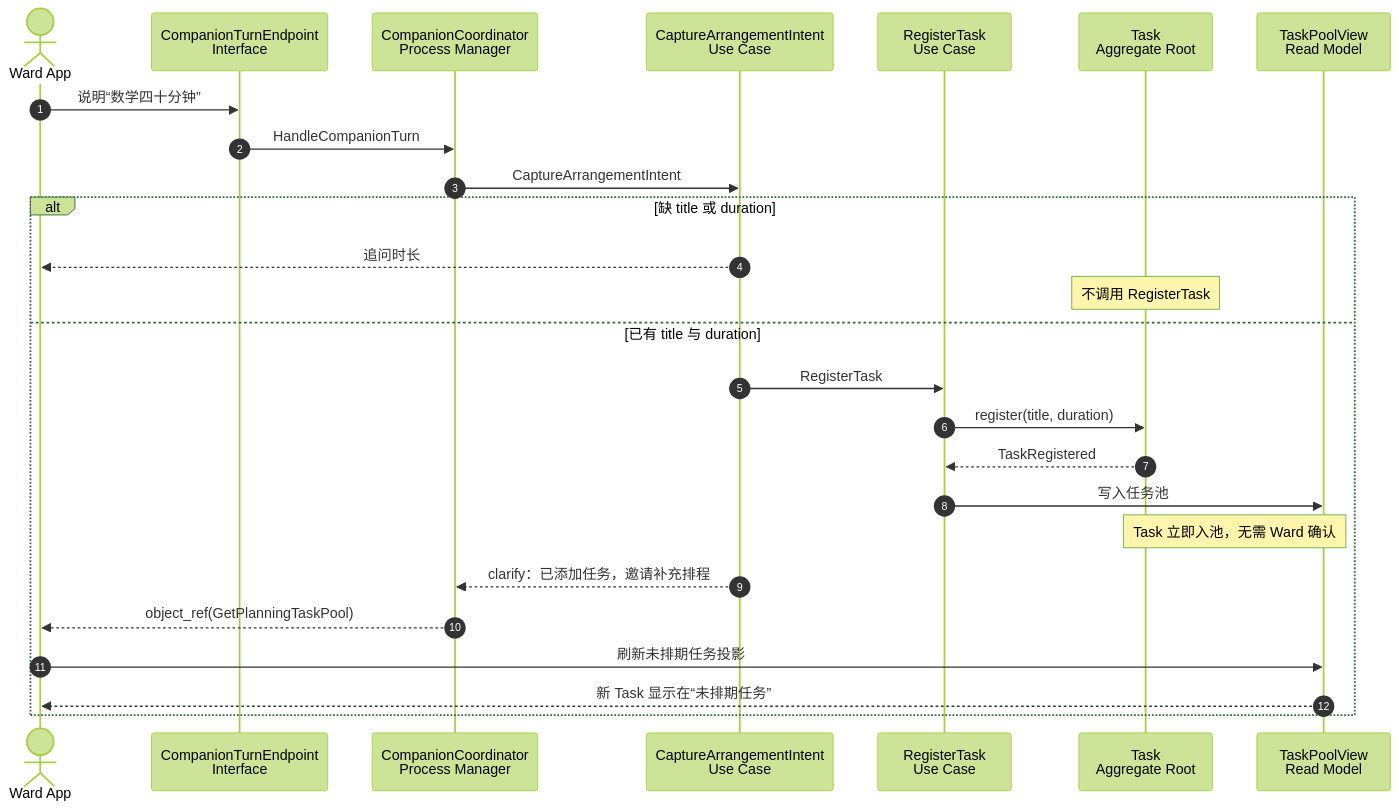
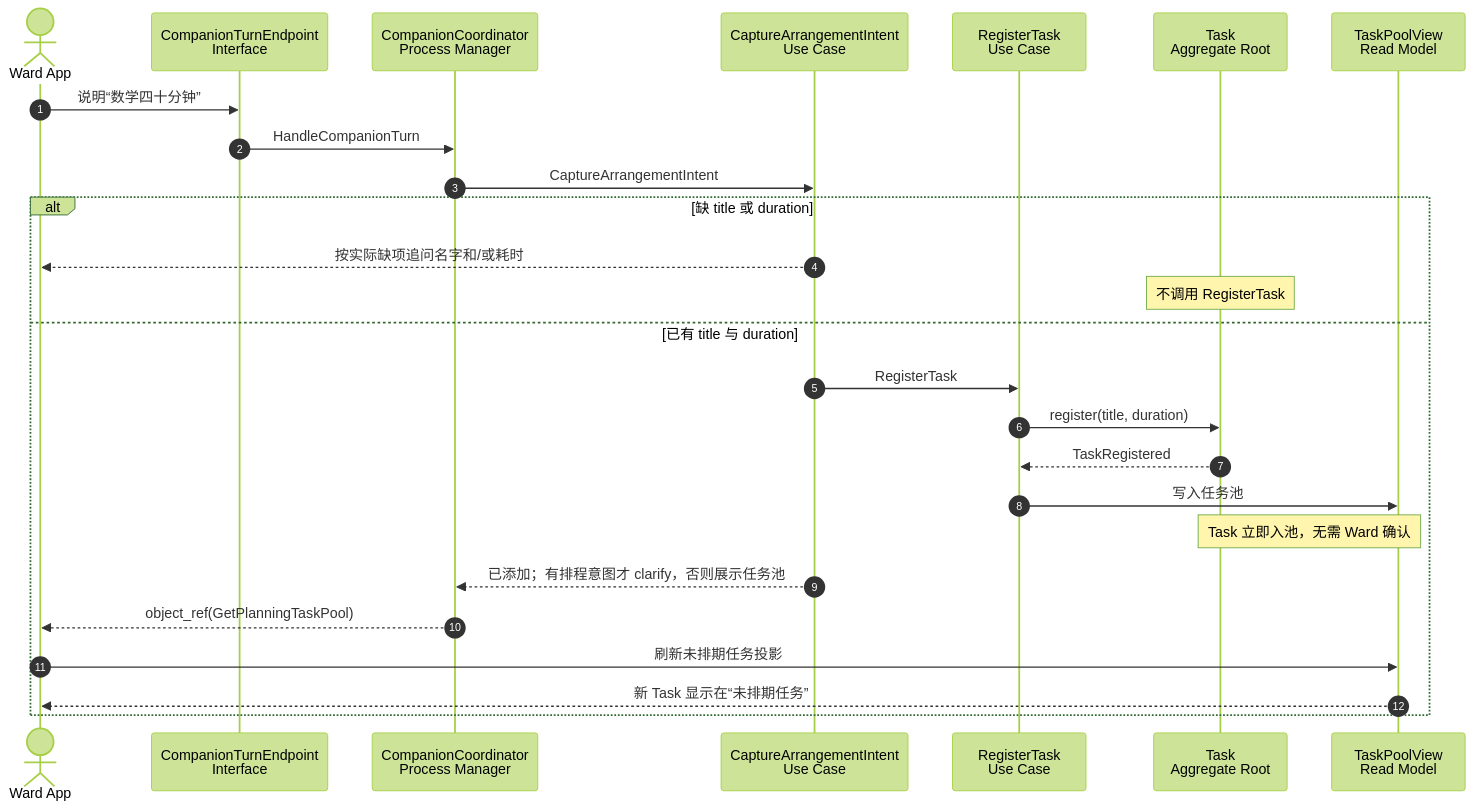
The sixth of 10 diagrams in docs/technical/domain-planning.md (johanchow/duxue), drawn with Mermaid (forest theme) before and after one commit. The commit also changed other lines of this file and 26 other files, not shown here.

````diff
--- a/docs/technical/domain-planning.md
+++ b/docs/technical/domain-planning.md
@@ -259,29 +322,29 @@
 ```mermaid
 sequenceDiagram
     autonumber
     actor W as Ward App
     participant I as CompanionTurnEndpoint<br/>Interface
     participant C as CompanionCoordinator<br/>Process Manager
     participant U as CaptureArrangementIntent<br/>Use Case
     participant RT as RegisterTask<br/>Use Case
     participant T as Task<br/>Aggregate Root
     participant TP as TaskPoolView<br/>Read Model
 
     W->>I: 说明“数学四十分钟”
     I->>C: HandleCompanionTurn
     C->>U: CaptureArrangementIntent
     alt 缺 title 或 duration
-        U-->>W: 追问时长
+        U-->>W: 按实际缺项追问名字和/或耗时
         Note over T: 不调用 RegisterTask
     else 已有 title 与 duration
         U->>RT: RegisterTask
         RT->>T: register(title, duration)
         T-->>RT: TaskRegistered
         RT->>TP: 写入任务池
         Note over T,TP: Task 立即入池，无需 Ward 确认
-        U-->>C: clarify：已添加任务，邀请补充排程
+        U-->>C: 已添加；有排程意图才 clarify，否则展示任务池
         C-->>W: object_ref(GetPlanningTaskPool)
         W->>TP: 刷新未排期任务投影
         TP-->>W: 新 Task 显示在“未排期任务”
     end
 ```
````
